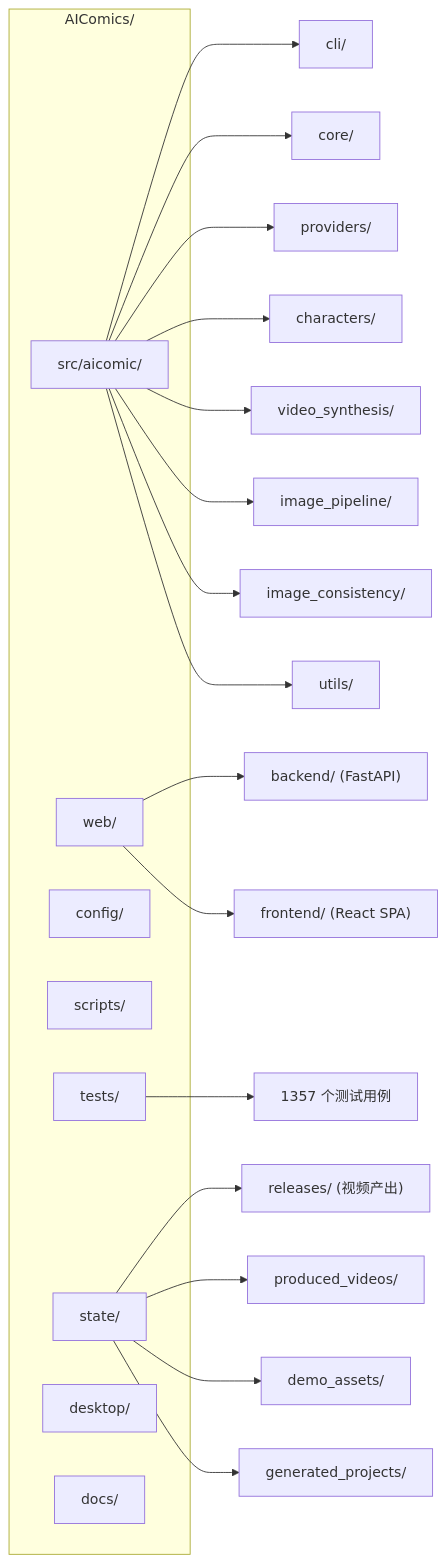
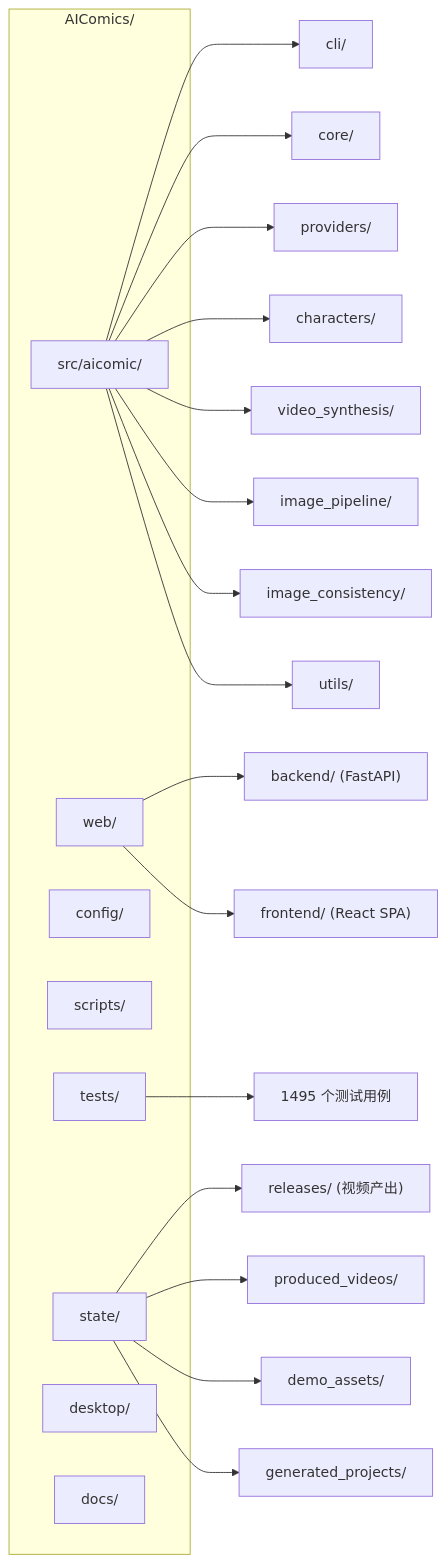
The fourth of 4 diagrams in README.md (chfr19820610-cell/AIComics), drawn with Mermaid before and after one commit. The commit also changed other lines of this file and 13 other files, not shown here.

````diff
--- a/README.md
+++ b/README.md
@@ -582,32 +588,32 @@
 ```mermaid
 graph LR
     subgraph Root["AIComics/"]
         SRC["src/aicomic/"]
         WEB["web/"]
         CFG["config/"]
         SCR["scripts/"]
         TST["tests/"]
         ST["state/"]
         DSK["desktop/"]
         DOCS["docs/"]
     end
 
     SRC --> CLI["cli/"]
     SRC --> CORE["core/"]
     SRC --> PROV2["providers/"]
     SRC --> CHAR2["characters/"]
     SRC --> VS["video_synthesis/"]
     SRC --> IMG2["image_pipeline/"]
     SRC --> IC["image_consistency/"]
     SRC --> UTL["utils/"]
 
     WEB --> BE["backend/ (FastAPI)"]
     WEB --> FE["frontend/ (React SPA)"]
 
-    TST --> T1357["1357 个测试用例"]
+    TST --> T1495["1495 个测试用例"]
 
     ST --> REL["releases/ (视频产出)"]
     ST --> PV["produced_videos/"]
     ST --> DA["demo_assets/"]
     ST --> GP["generated_projects/"]
 ```
````
